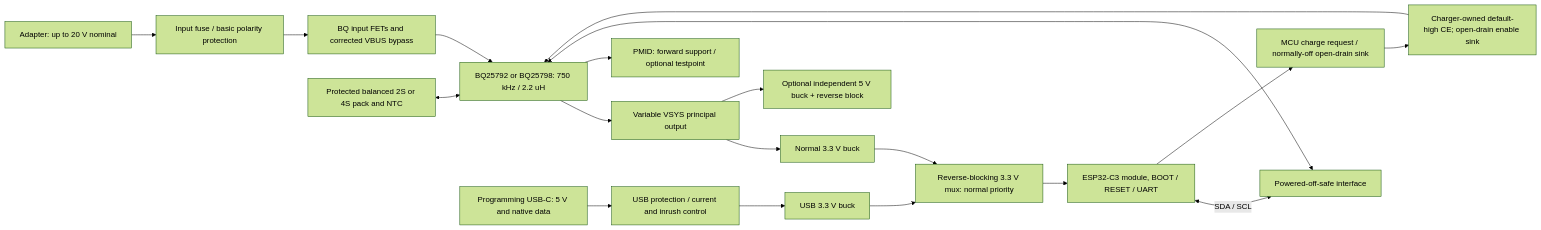
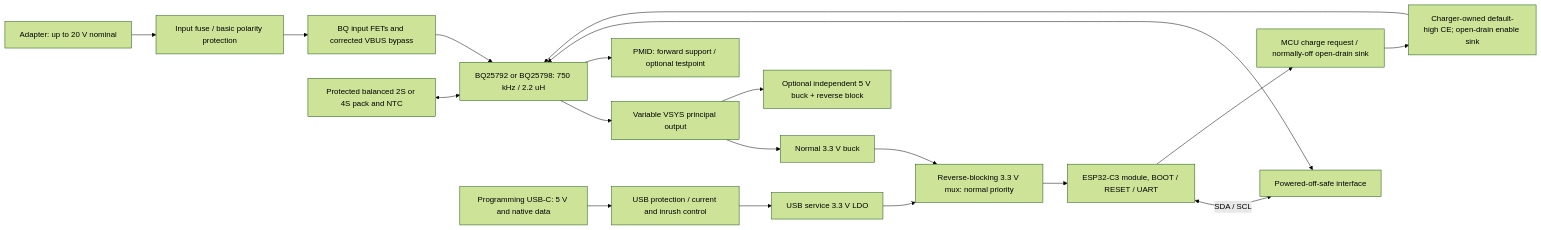
One commit to misch2/ups12v changed the diagram in hardware/v4/V4_ARCHITECTURE.md. Above: the diagram before and after it, drawn with Mermaid (forest theme). The commit also changed other lines of this file and 61 other files, not shown here.

````diff
--- a/hardware/v4/V4_ARCHITECTURE.md
+++ b/hardware/v4/V4_ARCHITECTURE.md
@@ -7,21 +9,21 @@
 ```mermaid
 flowchart LR
   IN[Adapter: up to 20 V nominal] --> PROT[Input fuse / basic polarity protection]
   PROT --> FET[BQ input FETs and corrected VBUS bypass]
   FET --> BQ[BQ25792 or BQ25798: 750 kHz / 2.2 uH]
   PACK[Protected balanced 2S or 4S pack and NTC] <--> BQ
   BQ --> SYS[Variable VSYS principal output]
   BQ --> PM[PMID: forward support / optional testpoint]
   SYS --> N[Normal 3.3 V buck]
   SYS --> FIVE[Optional independent 5 V buck + reverse block]
   USB[Programming USB-C: 5 V and native data] --> UP[USB protection / current and inrush control]
-  UP --> U[USB 3.3 V buck]
+  UP --> U[USB service 3.3 V LDO]
   N --> M[Reverse-blocking 3.3 V mux: normal priority]
   U --> M
   M --> ESP[ESP32-C3 module, BOOT / RESET / UART]
   ESP <-->|SDA / SCL| ISO[Powered-off-safe interface]
   ISO <--> BQ
   ESP --> PERMIT[MCU charge request / normally-off open-drain sink]
   PERMIT --> CE[Charger-owned default-high CE; open-drain enable sink]
   CE --> BQ
 ```
````
